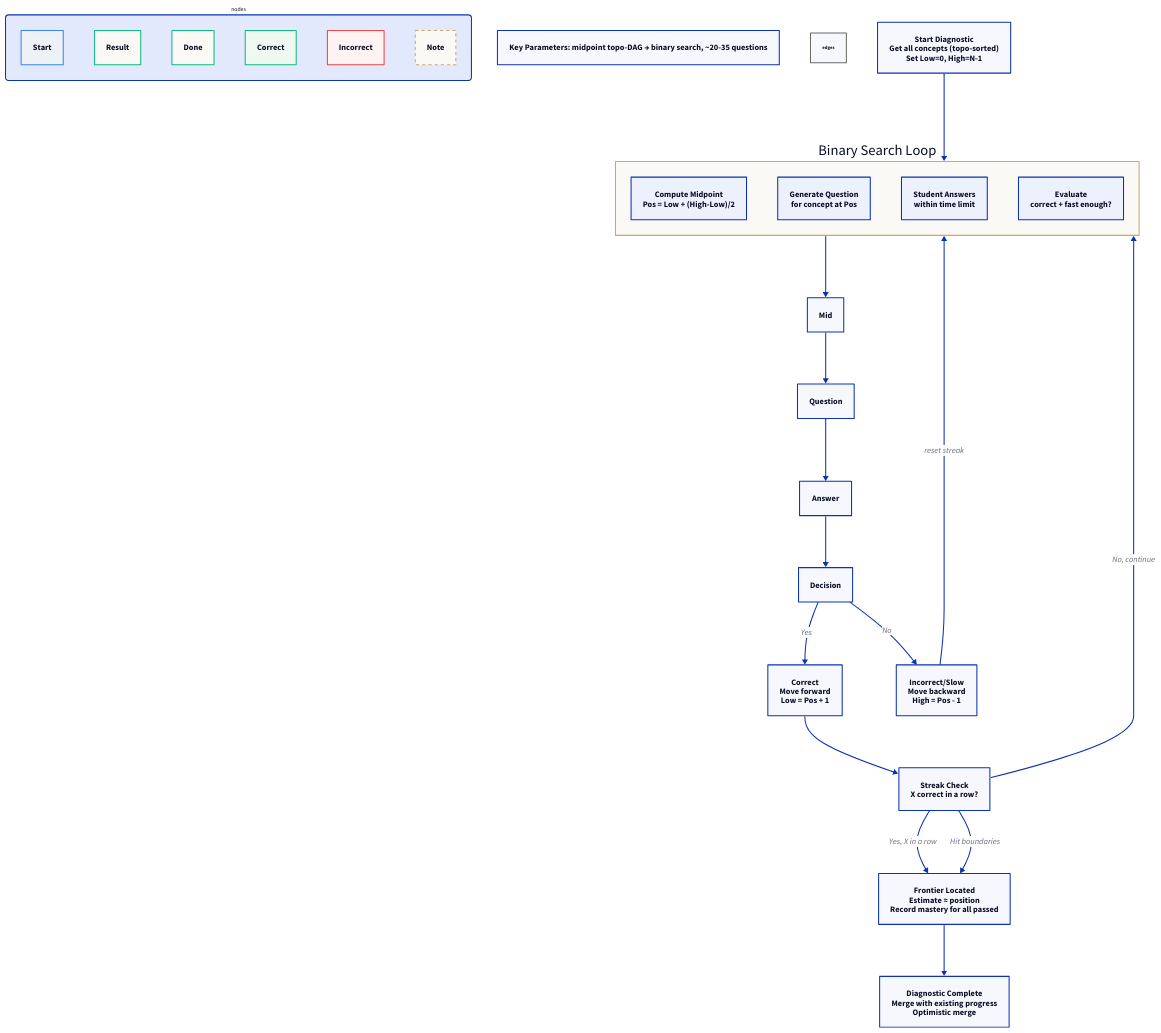
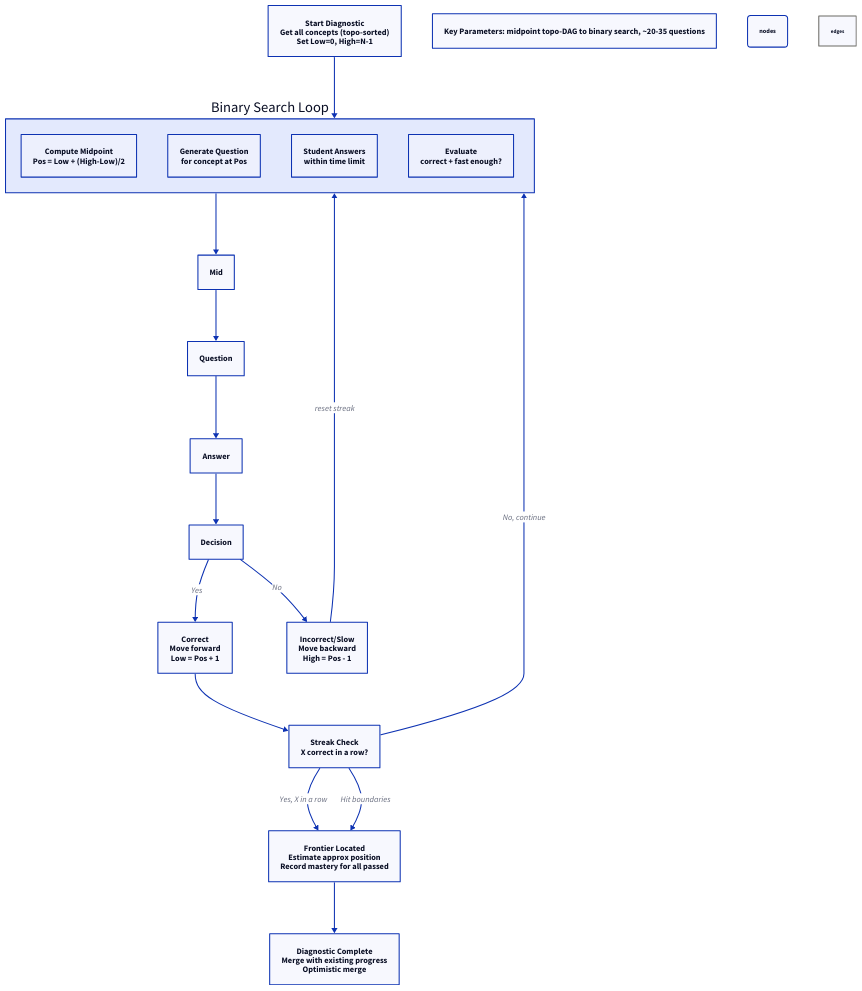
One commit to chuma-beep/mathua changed the diagram in web/next-app/diagrams/system-design-cat-diagnostic.d2. Above: the diagram before and after it, drawn with D2. The commit also changed 42 other files, not shown here.

```diff
--- a/web/next-app/diagrams/system-design-cat-diagnostic.d2
+++ b/web/next-app/diagrams/system-design-cat-diagnostic.d2
@@ -1,87 +1,58 @@
 # Mathua CAT Diagnostic  --  Binary Search on Concept Graph
 
 direction: down
 
 Start: Start Diagnostic\nGet all concepts (topo-sorted)\nSet Low=0, High=N-1
 
 Loop: Binary Search Loop {
   Mid: Compute Midpoint\nPos = Low + (High-Low)/2
-  
+
   Question: Generate Question\nfor concept at Pos
-  
+
   Answer: Student Answers\nwithin time limit
-  
+
   Decision: Evaluate\ncorrect + fast enough?
-  
-  style.fill: "#FAF9F5"
-  style.stroke: "#C8A96E"
 }
 
 Correct: Correct\nMove forward\nLow = Pos + 1
 
 Incorrect: Incorrect/Slow\nMove backward\nHigh = Pos - 1
 
 Check: Streak Check\nX correct in a row?
 
-Result: Frontier Located\nEstimate ≈ position\nRecord mastery for all passed
+Result: Frontier Located\nEstimate approx position\nRecord mastery for all passed
 
 Done: Diagnostic Complete\nMerge with existing progress\nOptimistic merge
 
 # Flow
 Start -> Loop
 Loop -> Mid
 Mid -> Question
 Question -> Answer
 Answer -> Decision
 Decision -> Correct: Yes
 Decision -> Incorrect: No
 Correct -> Check
 Incorrect -> Loop: reset streak
 Check -> Loop: No, continue
 Check -> Result: Yes, X in a row
 Check -> Result: Hit boundaries
 Result -> Done
 
 # Side note
-Note: "Key Parameters: midpoint topo-DAG → binary search, ~20-35 questions"
+Note: "Key Parameters: midpoint topo-DAG to binary search, ~20-35 questions"
 
 # Styling
 nodes: {
   style: {
-    font-size: 11
-    font-color: "#141413"
+    font-size: 12
     border-radius: 6
-  }
-  Start: {
-    style.fill: "#EEF2F7"
-    style.stroke: "#3B82F6"
-  }
-  Result: {
-    style.fill: "#FAF9F5"
-    style.stroke: "#10B981"
-  }
-  Done: {
-    style.fill: "#FAF9F5"
-    style.stroke: "#10B981"
-  }
-  Correct: {
-    style.fill: "#F0F9F0"
-    style.stroke: "#10B981"
-  }
-  Incorrect: {
-    style.fill: "#FEF2F2"
-    style.stroke: "#EF4444"
-  }
-  Note: {
-    style.fill: "#FAF9F5"
-    style.stroke: "#C8A96E"
-    style.stroke-dash: 3
   }
 }
 
 edges: {
   style: {
     stroke: "#6b6a64"
-    font-size: 9
+    font-size: 10
   }
 }
```
